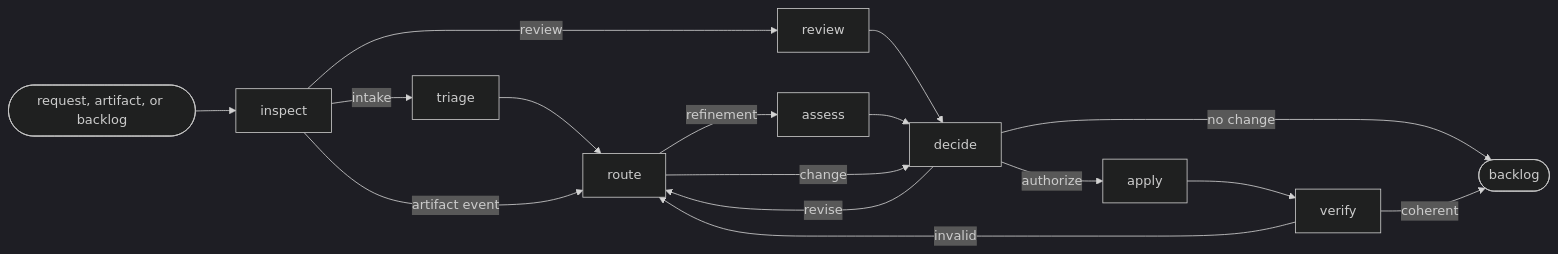
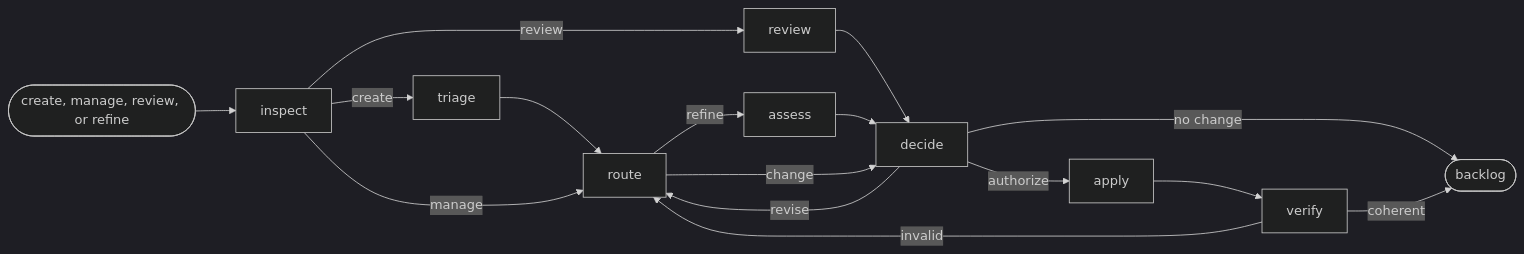
Before and after one commit to ai-driven-dev/aidd-framework: the diagram in plugins/aidd-pm/skills/00-backlog/SKILL.md, drawn with Mermaid (dark theme). The commit also changed other lines of this file and 52 other files, not shown here.

````diff
--- a/plugins/aidd-pm/skills/00-backlog/SKILL.md
+++ b/plugins/aidd-pm/skills/00-backlog/SKILL.md
@@ -9,14 +9,14 @@
 ```mermaid
 flowchart LR
-  source([request, artifact, or backlog]) --> inspect
-  inspect -->|"intake"| triage --> route
-  inspect -->|"artifact event"| route
+  source([create, manage, review, or refine]) --> inspect
+  inspect -->|"create"| triage --> route
+  inspect -->|"manage"| route
   inspect -->|"review"| review --> decide
-  route -->|"refinement"| assess --> decide
+  route -->|"refine"| assess --> decide
   route -->|"change"| decide
   decide -->|"revise"| route
   decide -->|"authorize"| apply --> verify
   decide -->|"no change"| done
   verify -->|"invalid"| route
   verify -->|"coherent"| done([backlog])
 ```
````
